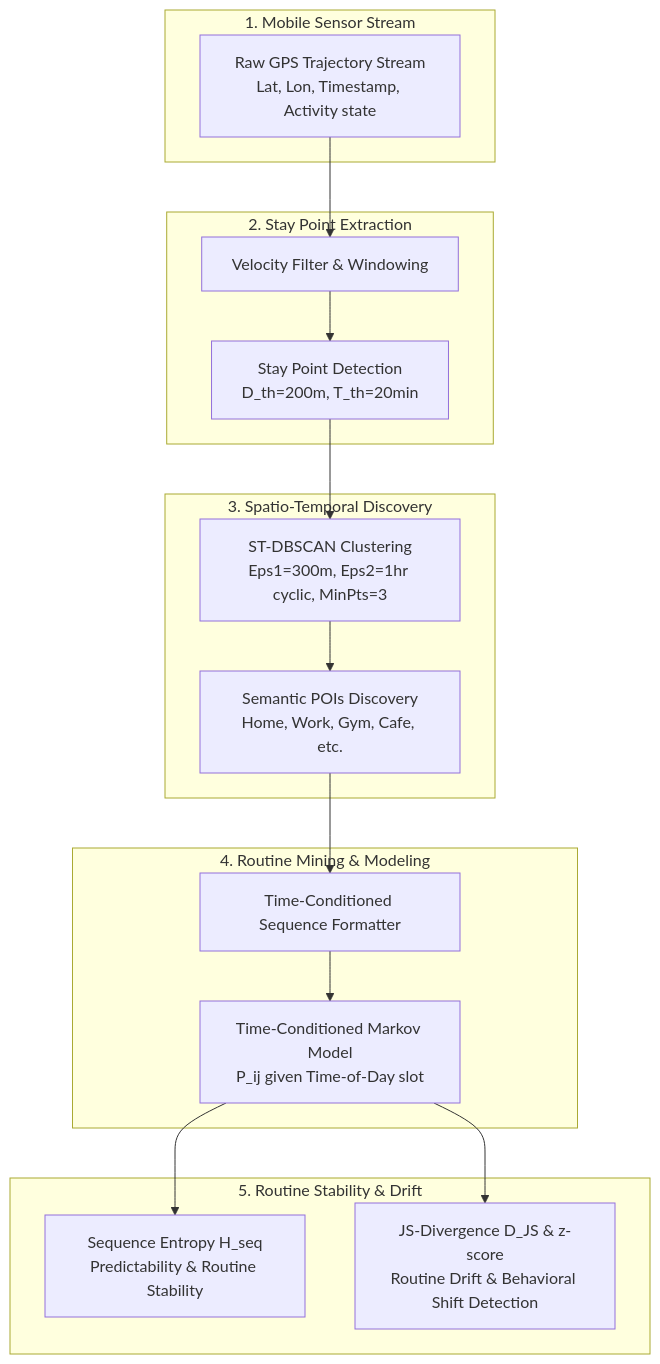
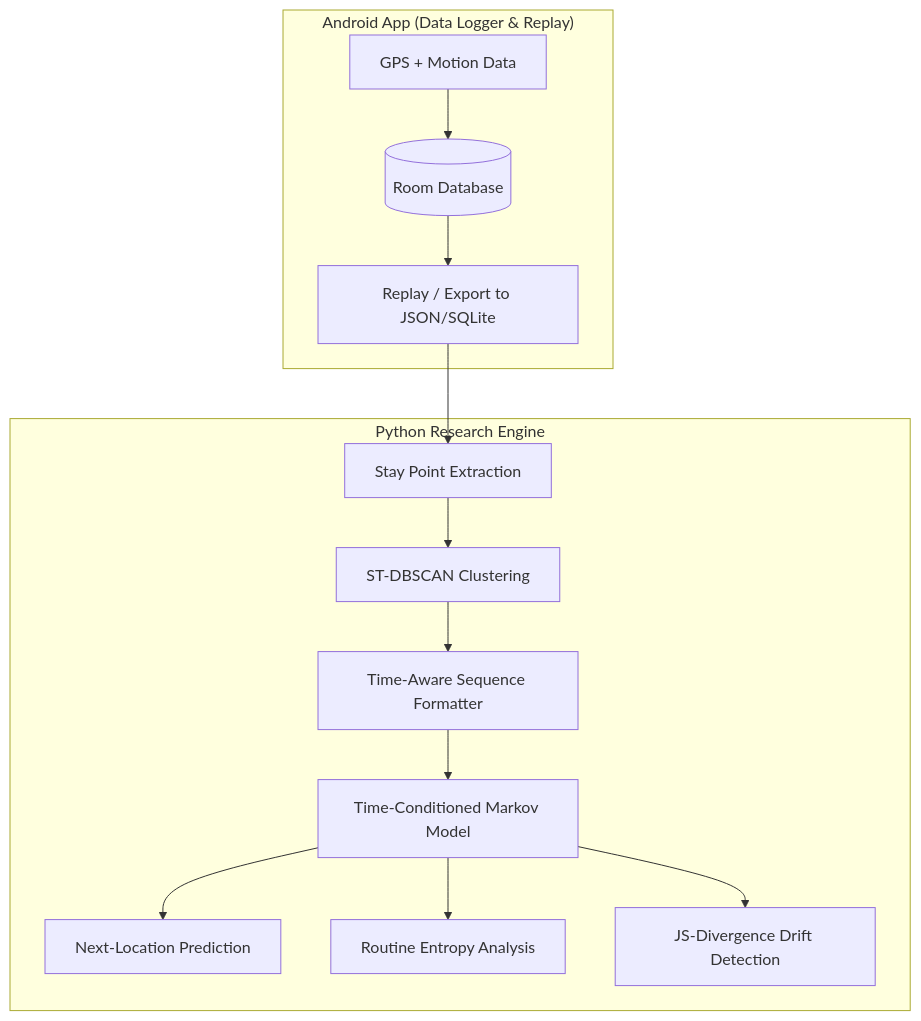
Before and after one commit to Reyatsu99/HabitMiner: the diagram in README.md, drawn with Mermaid. The commit also changed other lines of this file and 3 other files, not shown here.

Commit message:
Update project scope to Hybrid Architecture separating Android logger and Python engine

````diff
--- a/README.md
+++ b/README.md
@@ -24,28 +24,18 @@
 ```mermaid
 flowchart TD
-    subgraph SENSING["1. Mobile Sensor Stream"]
-        A[Raw GPS Trajectory Stream<br/>Lat, Lon, Timestamp, Activity state]
+    subgraph ANDROID["Android App (Data Logger & Replay)"]
+        A[GPS + Motion Data] --> B[(Room Database)]
+        B --> C[Replay / Export to JSON/SQLite]
     end
 
-    subgraph PREPROCESSING["2. Stay Point Extraction"]
-        B[Velocity Filter & Windowing]
-        C[Stay Point Detection<br/>D_th=200m, T_th=20min]
+    subgraph PYTHON["Python Research Engine"]
+        C --> D[Stay Point Extraction]
+        D --> E[ST-DBSCAN Clustering]
+        E --> F[Time-Aware Sequence Formatter]
+        F --> G[Time-Conditioned Markov Model]
+        
+        G --> H[Next-Location Prediction]
+        G --> I[Routine Entropy Analysis]
+        G --> J[JS-Divergence Drift Detection]
     end
-
-    subgraph CLUSTERING["3. Spatio-Temporal Discovery"]
-        D[ST-DBSCAN Clustering<br/>Eps1=300m, Eps2=1hr cyclic, MinPts=3]
-        E[Semantic POIs Discovery<br/>Home, Work, Gym, Cafe, etc.]
-    end
-
-    subgraph MINING["4. Routine Mining & Modeling"]
-        F[Time-Conditioned Sequence Formatter]
-        G[Time-Conditioned Markov Model<br/>P_ij given Time-of-Day slot]
-    end
-
-    subgraph ANALYSIS["5. Routine Stability & Drift"]
-        H[Sequence Entropy H_seq<br/>Predictability & Routine Stability]
-        I[JS-Divergence D_JS & z-score<br/>Routine Drift & Behavioral Shift Detection]
-    end
-
-    A --> B --> C --> D --> E --> F --> G --> H & I
 ```
````
